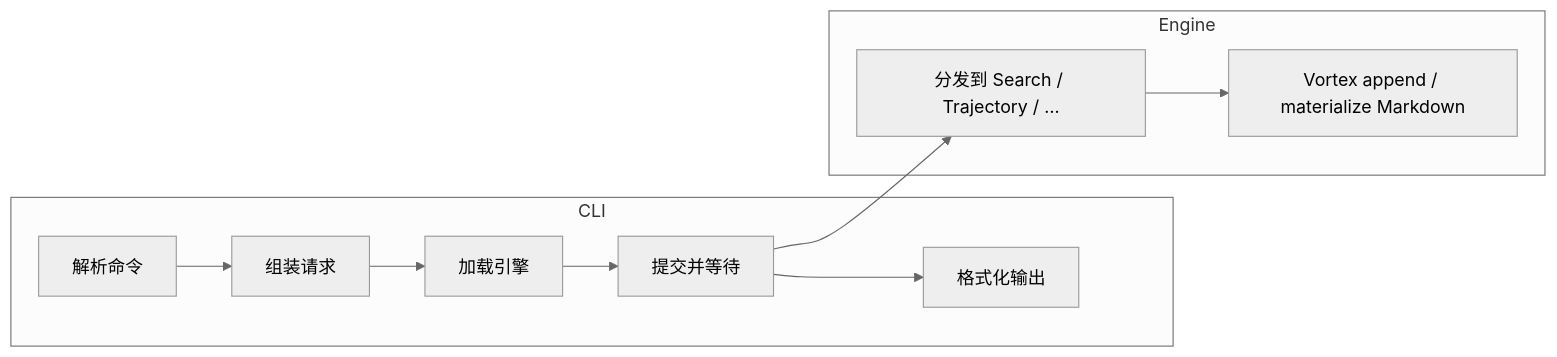
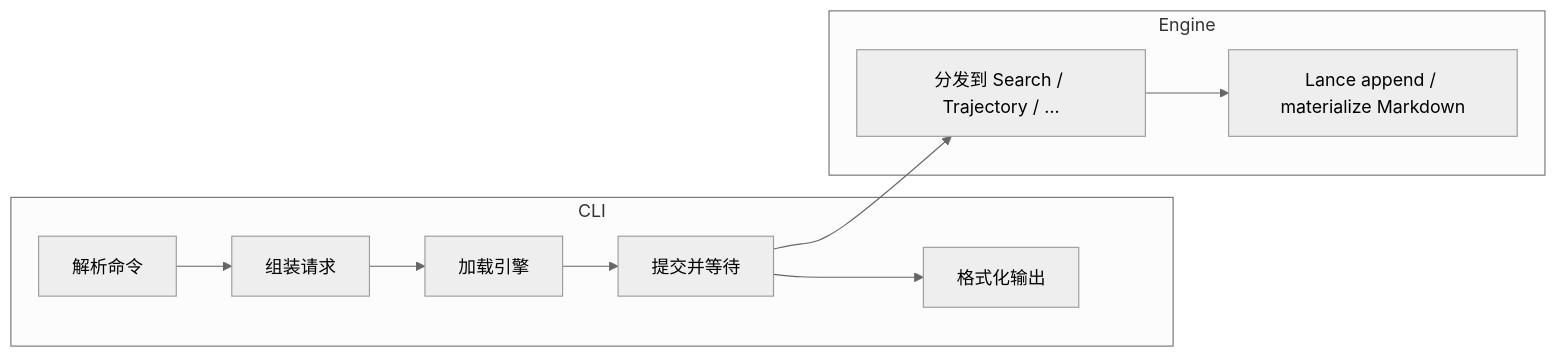
One commit to DeepLink-org/Persisting changed the diagram in docs/src/design/cli.md. Above: the diagram before and after it, drawn with Mermaid (neutral theme). The commit also changed other lines of this file and 83 other files, not shown here.

First line of the commit message:
Refactor persisting-capture to replace Vortex references with Lance

````diff
--- a/docs/src/design/cli.md
+++ b/docs/src/design/cli.md
@@ -102,13 +102,13 @@
 ```mermaid
 flowchart LR
   subgraph CLI
     A[解析命令] --> B[组装请求]
     B --> C[加载引擎]
     C --> D[提交并等待]
     D --> E[格式化输出]
   end
   subgraph Engine
     D --> F[分发到 Search / Trajectory / …]
-    F --> G[Vortex append / materialize Markdown]
+    F --> G[Lance append / materialize Markdown]
   end
 ```
````
